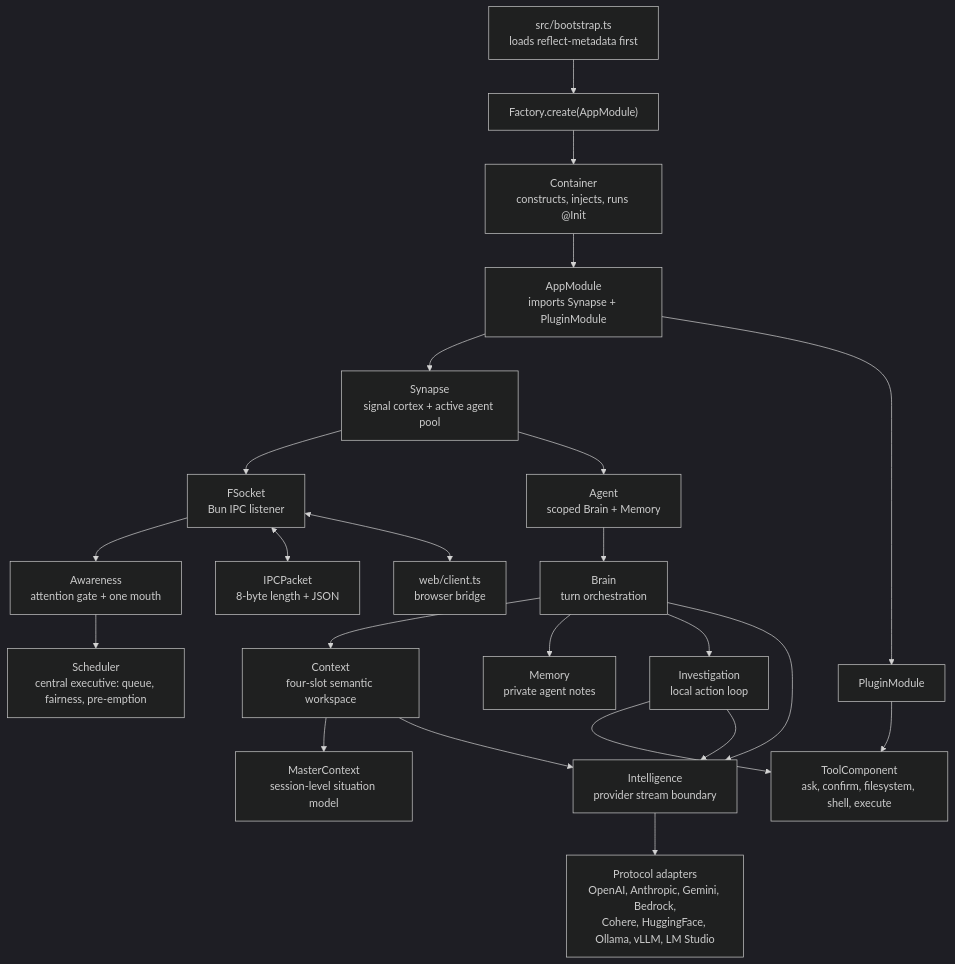
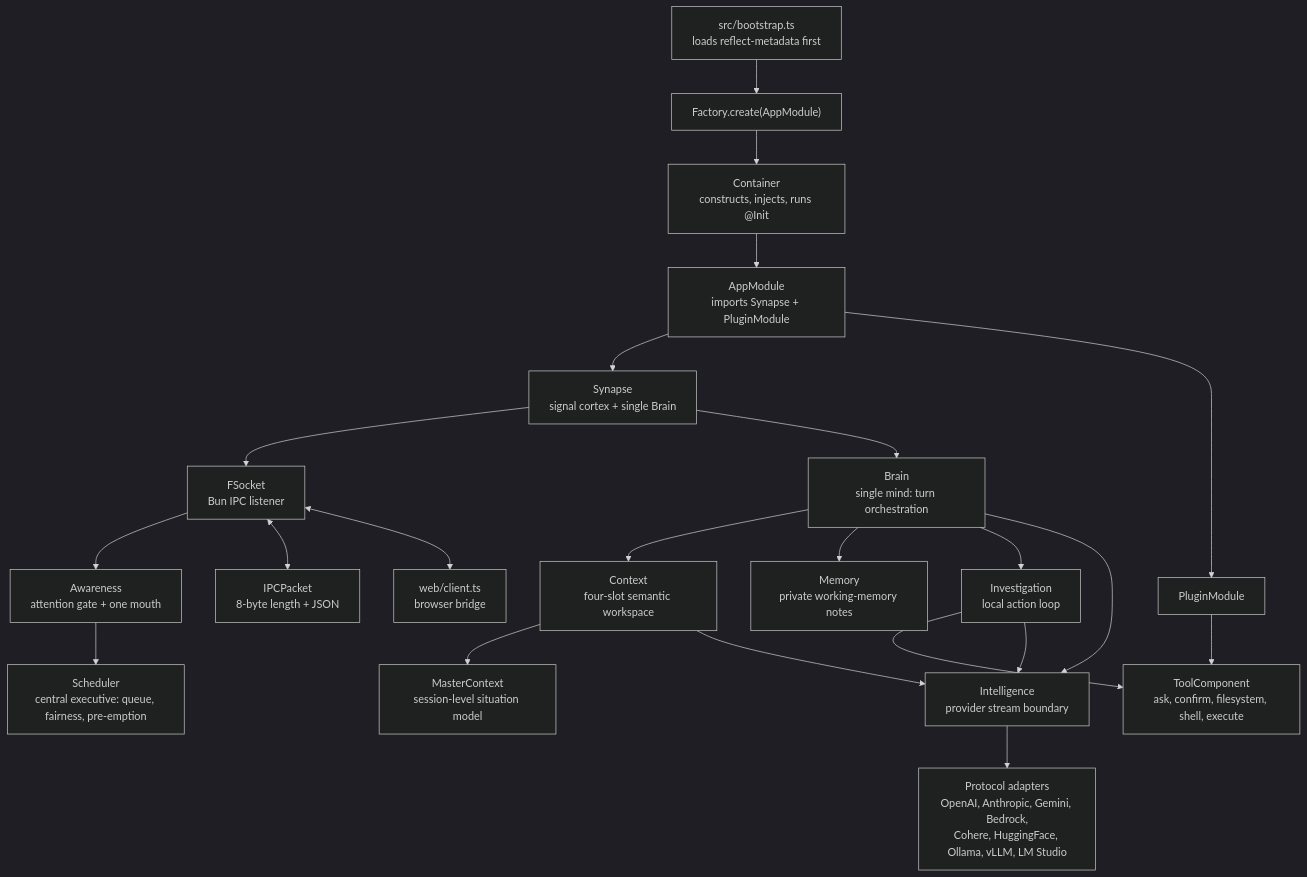
One commit to flyflor/flyflor changed the first of 3 diagrams in README.md. Above: the diagram before and after it, drawn with Mermaid (dark theme). The commit also changed other lines of this file and 73 other files, not shown here.

````diff
--- a/README.md
+++ b/README.md
@@ -28,28 +28,27 @@
 ```mermaid
 flowchart TB
     Bootstrap["src/bootstrap.ts<br/>loads reflect-metadata first"] --> Factory["Factory.create(AppModule)"]
     Factory --> Container["Container<br/>constructs, injects, runs @Init"]
     Container --> AppModule["AppModule<br/>imports Synapse + PluginModule"]
 
-    AppModule --> Synapse["Synapse<br/>signal cortex + active agent pool"]
+    AppModule --> Synapse["Synapse<br/>signal cortex + single Brain"]
     AppModule --> PluginModule["PluginModule"]
     PluginModule --> Tools["ToolComponent<br/>ask, confirm, filesystem, shell, execute"]
 
     Synapse --> Socket["FSocket<br/>Bun IPC listener"]
     Socket --> Awareness["Awareness<br/>attention gate + one mouth"]
     Awareness --> Scheduler["Scheduler<br/>central executive: queue, fairness, pre-emption"]
     Socket <--> Packet["IPCPacket<br/>8-byte length + JSON"]
     Socket <--> Client["web/client.ts<br/>browser bridge"]
 
-    Synapse --> Agent["Agent<br/>scoped Brain + Memory"]
-    Agent --> Brain["Brain<br/>turn orchestration"]
+    Synapse --> Brain["Brain<br/>single mind: turn orchestration"]
     Brain --> Context["Context<br/>four-slot semantic workspace"]
     Context --> MasterContext["MasterContext<br/>session-level situation model"]
-    Brain --> Memory["Memory<br/>private agent notes"]
+    Brain --> Memory["Memory<br/>private working-memory notes"]
     Brain --> Investigation["Investigation<br/>local action loop"]
     Brain --> Intelligence["Intelligence<br/>provider stream boundary"]
     Context --> Intelligence
     Investigation --> Tools
     Investigation --> Intelligence
     Intelligence --> Protocols["Protocol adapters<br/>OpenAI, Anthropic, Gemini, Bedrock,<br/>Cohere, HuggingFace, Ollama, vLLM, LM Studio"]
 ```
````
